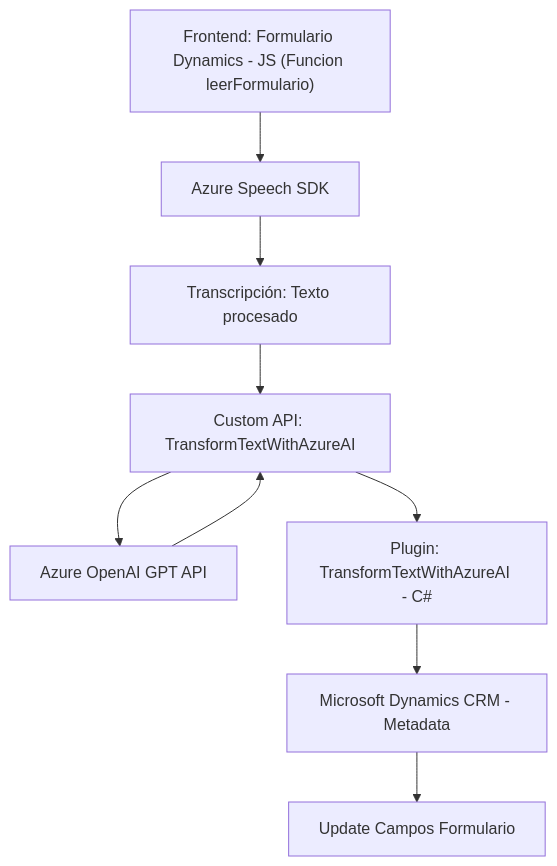
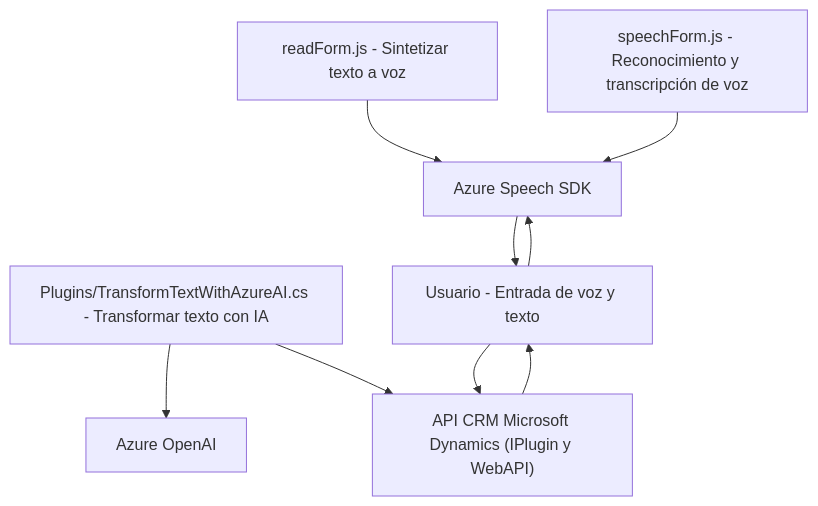
One commit to blopezdm/NETCORE_BILBAO2025 changed the diagram in README.md. Above: the diagram before and after it, drawn with Mermaid. The commit also changed other lines of this file, not shown here.

Commit message:
Actualizar análisis global de la solución con IA

````diff
--- a/README.md
+++ b/README.md
@@ -51,11 +83,13 @@
 ```mermaid
 graph TD
-  A["Frontend: Formulario Dynamics - JS (Funcion leerFormulario)"] --> B["Azure Speech SDK"]
-  B --> C["Transcripción: Texto procesado"]
-  C --> D["Custom API: TransformTextWithAzureAI"] 
-  D --> E["Azure OpenAI GPT API"]
-  D --> F["Plugin: TransformTextWithAzureAI - C#"]
-  F --> G["Microsoft Dynamics CRM - Metadata"]
-  E --> D
-  G --> H["Update Campos Formulario"]
+    A["readForm.js - Sintetizar texto a voz"] --> B["Azure Speech SDK"]
+    C["speechForm.js - Reconocimiento y transcripción de voz"] --> B
+
+    D["Plugins/TransformTextWithAzureAI.cs - Transformar texto con IA"] --> E["Azure OpenAI"]
+    D --> F["API CRM Microsoft Dynamics (IPlugin y WebAPI)"]
+
+    B --> G["Usuario - Entrada de voz y texto"]
+    G --> F
+    G --> B
+    F --> G
 ```
````
